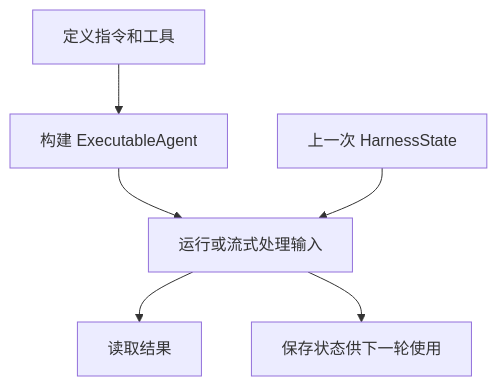
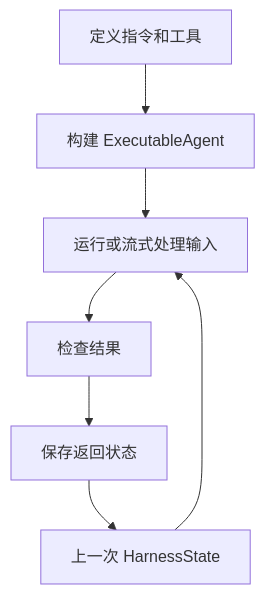
One commit to Jarvis636431/agent-foundation changed the diagram in docs/a13n-harness/index.zh-CN.md. Above: the diagram before and after it, drawn with Mermaid. The commit also changed other lines of this file and 202 other files, not shown here.

````diff
--- a/docs/a13n-harness/index.zh-CN.md
+++ b/docs/a13n-harness/index.zh-CN.md
@@ -15,12 +24,13 @@
 ```mermaid
 flowchart TB
     Spec["定义指令和工具"] --> Build["构建 ExecutableAgent"]
     Build --> Run["运行或流式处理输入"]
     State["上一次 HarnessState"] --> Run
-    Run --> Result["读取结果"]
-    Run --> Save["保存状态供下一轮使用"]
+    Run --> Result["检查结果"]
+    Result --> Save["保存返回状态"]
+    Save --> State
 
     class Spec,Build,Run a13n
     class State,Save store
     class Result success
 ```
````
